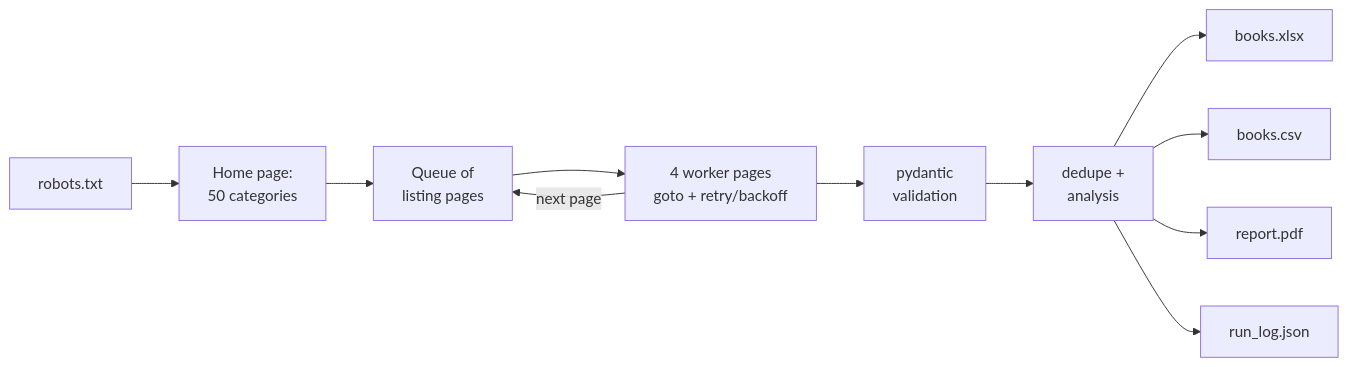
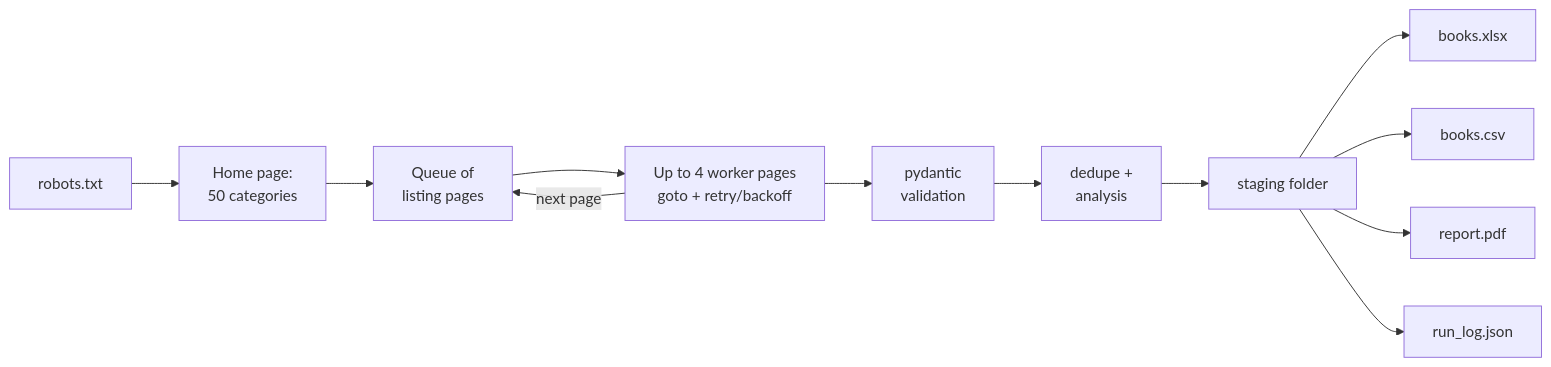
Before and after one commit to joao-jleite/playwright-scraper-demo: the diagram in README.md, drawn with Mermaid. The commit also changed other lines of this file and 35 other files, not shown here.

````diff
--- a/README.md
+++ b/README.md
@@ -166,13 +193,14 @@
 ```mermaid
 flowchart LR
     A[robots.txt] --> B[Home page:<br/>50 categories]
     B --> C[Queue of<br/>listing pages]
-    C --> D[4 worker pages<br/>goto + retry/backoff]
+    C --> D[Up to 4 worker pages<br/>goto + retry/backoff]
     D -- next page --> C
     D --> E[pydantic<br/>validation]
     E --> F[dedupe +<br/>analysis]
-    F --> G[books.xlsx]
-    F --> H[books.csv]
-    F --> I[report.pdf]
-    F --> J[run_log.json]
+    F --> S[staging folder]
+    S --> G[books.xlsx]
+    S --> H[books.csv]
+    S --> I[report.pdf]
+    S --> J[run_log.json]
 ```
````
